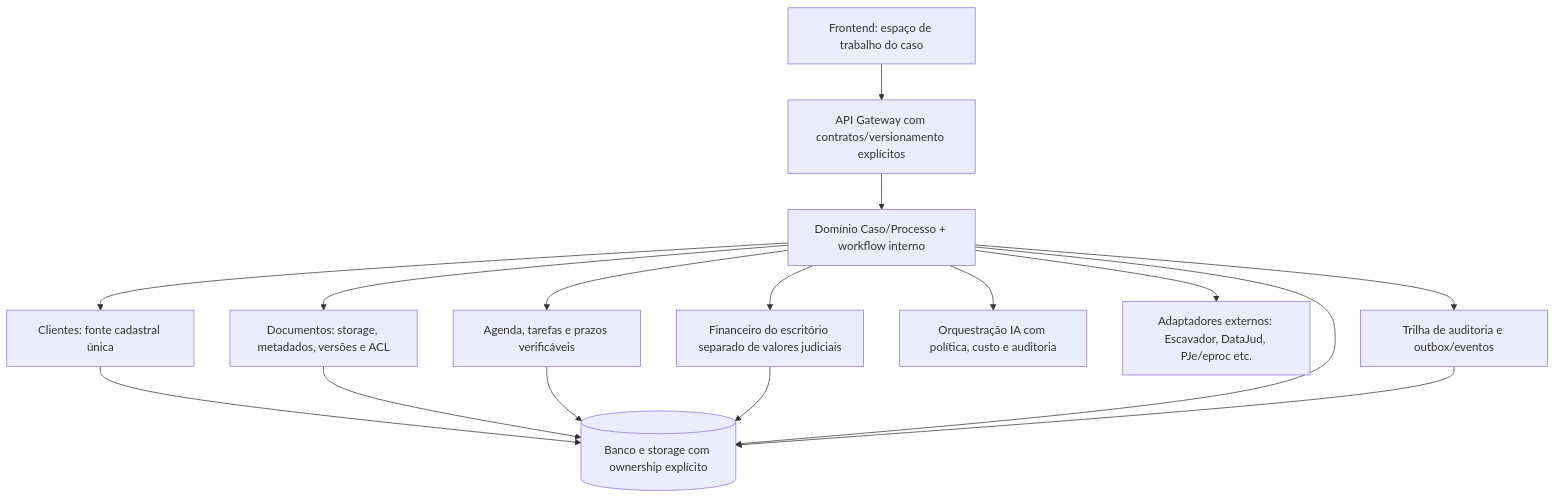
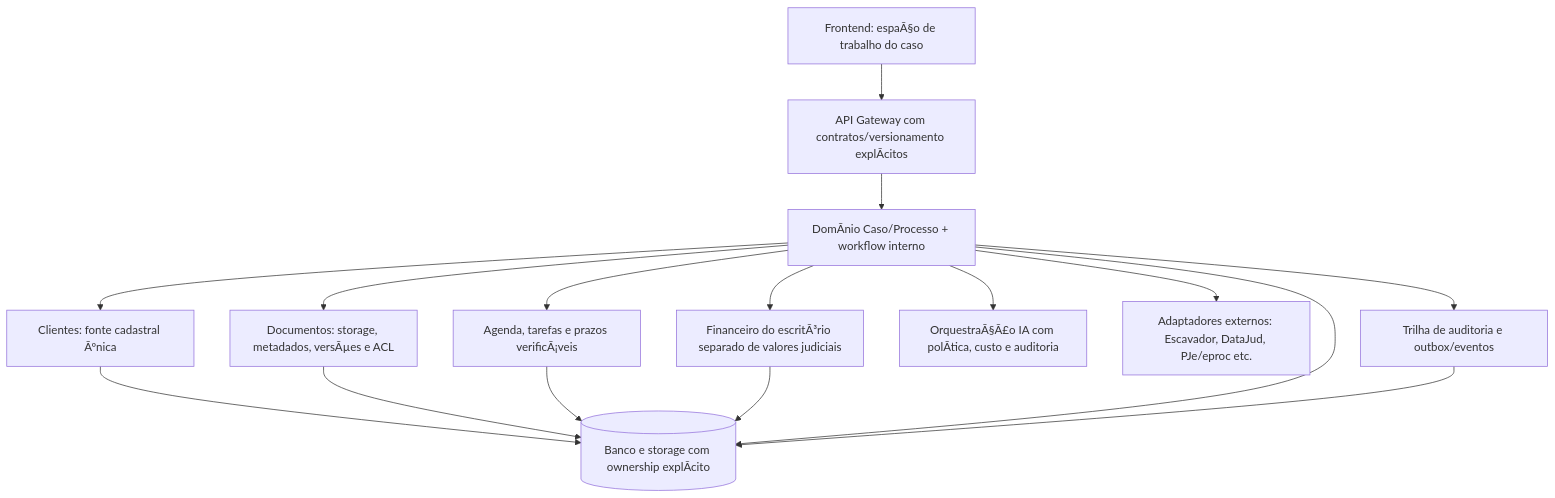
Before and after one commit to kealabs-ai/kealex: the third of 3 diagrams in docs/auditoria-jornada-juridica/05-arquitetura-e-integracoes.md, drawn with Mermaid. The commit also changed other lines of this file and 111 other files, not shown here.

````diff
--- a/docs/auditoria-jornada-juridica/05-arquitetura-e-integracoes.md
+++ b/docs/auditoria-jornada-juridica/05-arquitetura-e-integracoes.md
@@ -90,29 +90,29 @@
 ```mermaid
 flowchart TD
-  UI[Frontend: espaço de trabalho do caso]
-  API[API Gateway com contratos/versionamento explícitos]
-  Matter[Domínio Caso/Processo + workflow interno]
-  CRM[Clientes: fonte cadastral única]
-  DMS[Documentos: storage, metadados, versões e ACL]
-  Calendar[Agenda, tarefas e prazos verificáveis]
-  Billing[Financeiro do escritório separado de valores judiciais]
-  AI[Orquestração IA com política, custo e auditoria]
+  UI[Frontend: espaÃ§o de trabalho do caso]
+  API[API Gateway com contratos/versionamento explÃ­citos]
+  Matter[DomÃ­nio Caso/Processo + workflow interno]
+  CRM[Clientes: fonte cadastral Ãºnica]
+  DMS[Documentos: storage, metadados, versÃµes e ACL]
+  Calendar[Agenda, tarefas e prazos verificÃ¡veis]
+  Billing[Financeiro do escritÃ³rio separado de valores judiciais]
+  AI[OrquestraÃ§Ã£o IA com polÃ­tica, custo e auditoria]
   External[Adaptadores externos: Escavador, DataJud, PJe/eproc etc.]
   Audit[Trilha de auditoria e outbox/eventos]
-  DB[(Banco e storage com ownership explícito)]
+  DB[(Banco e storage com ownership explÃ­cito)]
   UI --> API
   API --> Matter
   Matter --> CRM
   Matter --> DMS
   Matter --> Calendar
   Matter --> Billing
   Matter --> AI
   Matter --> External
   Matter --> Audit
   CRM --> DB
   DMS --> DB
   Calendar --> DB
   Billing --> DB
   Matter --> DB
   Audit --> DB
 ```
````
